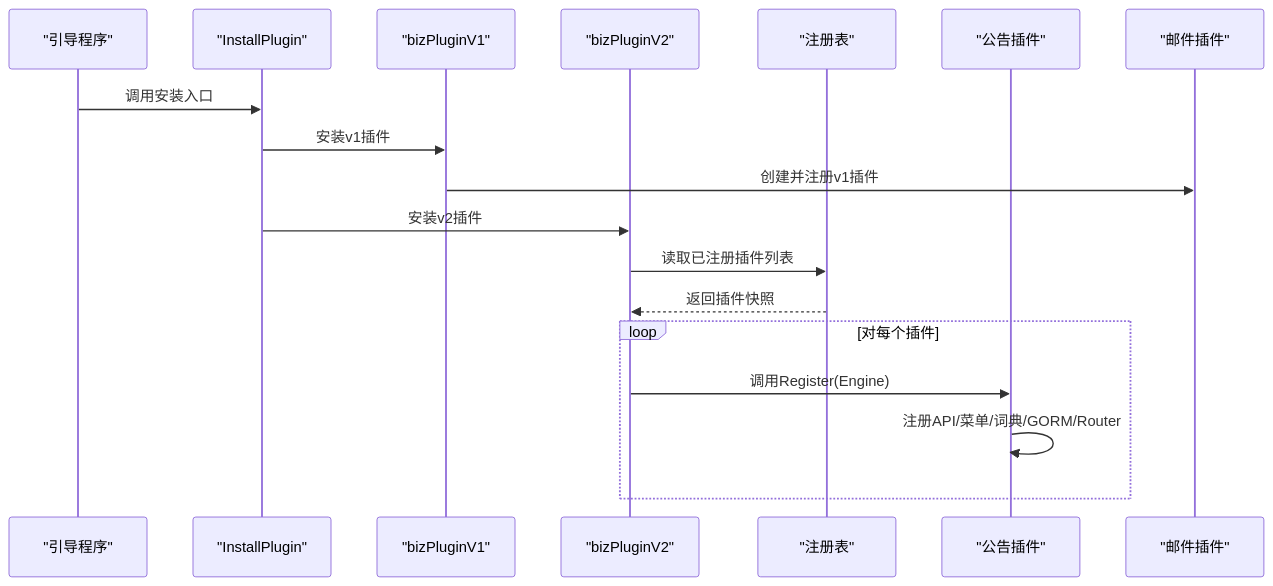
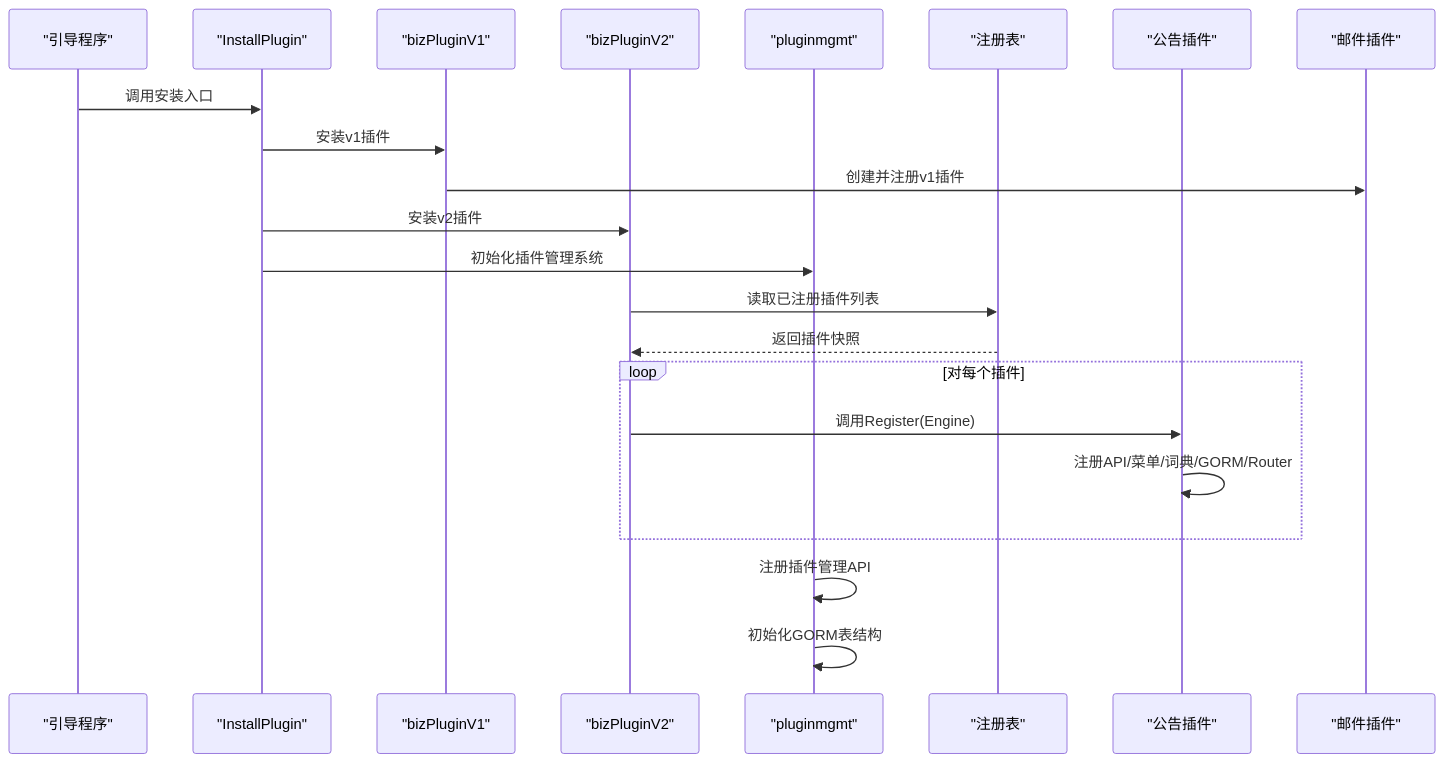
Before and after one commit to Xiaomajohn/gin-vue-admin-myself: the second of 9 diagrams in .qoder/repowiki/zh/content/插件系统架构/插件管理系统.md, drawn with Mermaid. The commit also changed other lines of this file and 5 other files, not shown here.

````diff
--- a/.qoder/repowiki/zh/content/插件系统架构/插件管理系统.md
+++ b/.qoder/repowiki/zh/content/插件系统架构/插件管理系统.md
@@ -104,20 +145,24 @@
 ```mermaid
 sequenceDiagram
 participant Boot as "引导程序"
 participant Init as "InstallPlugin"
 participant BizV1 as "bizPluginV1"
 participant BizV2 as "bizPluginV2"
+participant PM as "pluginmgmt"
 participant Reg as "注册表"
 participant Ann as "公告插件"
 participant Email as "邮件插件"
 Boot->>Init : 调用安装入口
 Init->>BizV1 : 安装v1插件
 BizV1->>Email : 创建并注册v1插件
 Init->>BizV2 : 安装v2插件
+Init->>PM : 初始化插件管理系统
 BizV2->>Reg : 读取已注册插件列表
 Reg-->>BizV2 : 返回插件快照
 loop 对每个插件
 BizV2->>Ann : 调用Register(Engine)
 Ann->>Ann : 注册API/菜单/词典/GORM/Router
 end
+PM->>PM : 注册插件管理API
+PM->>PM : 初始化GORM表结构
 ```
````
